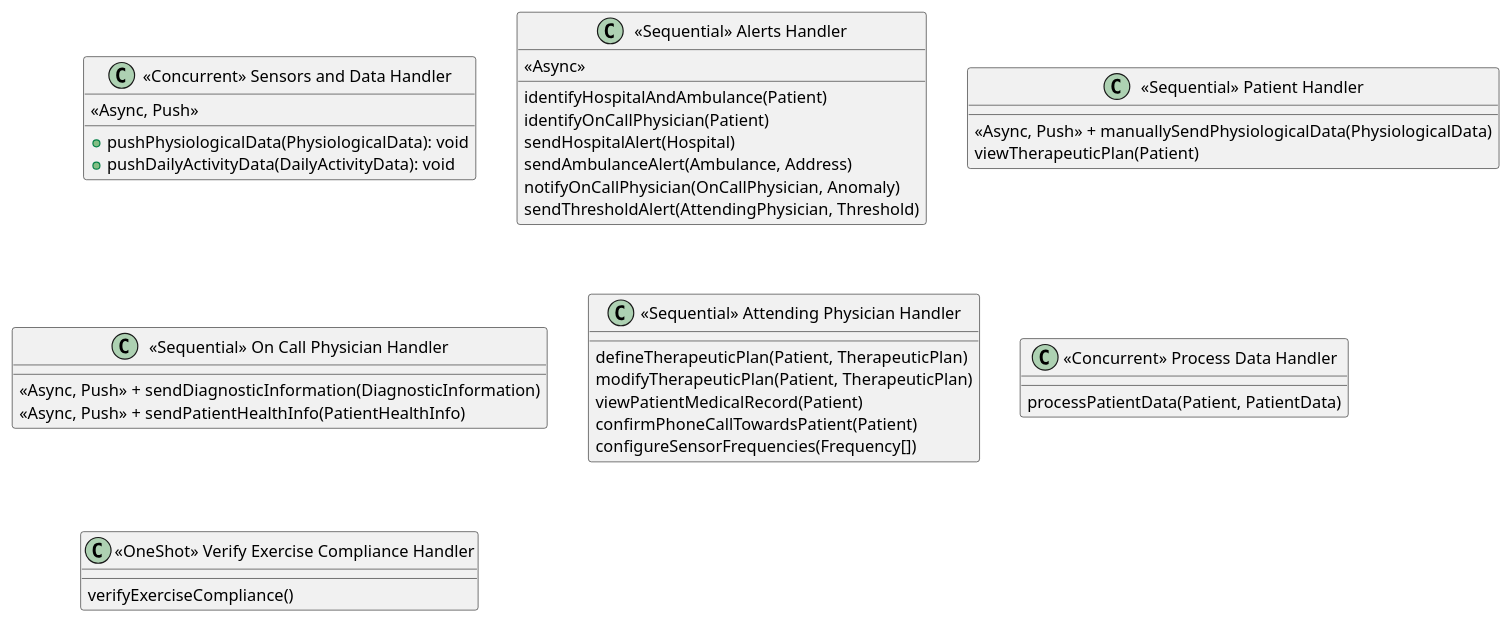
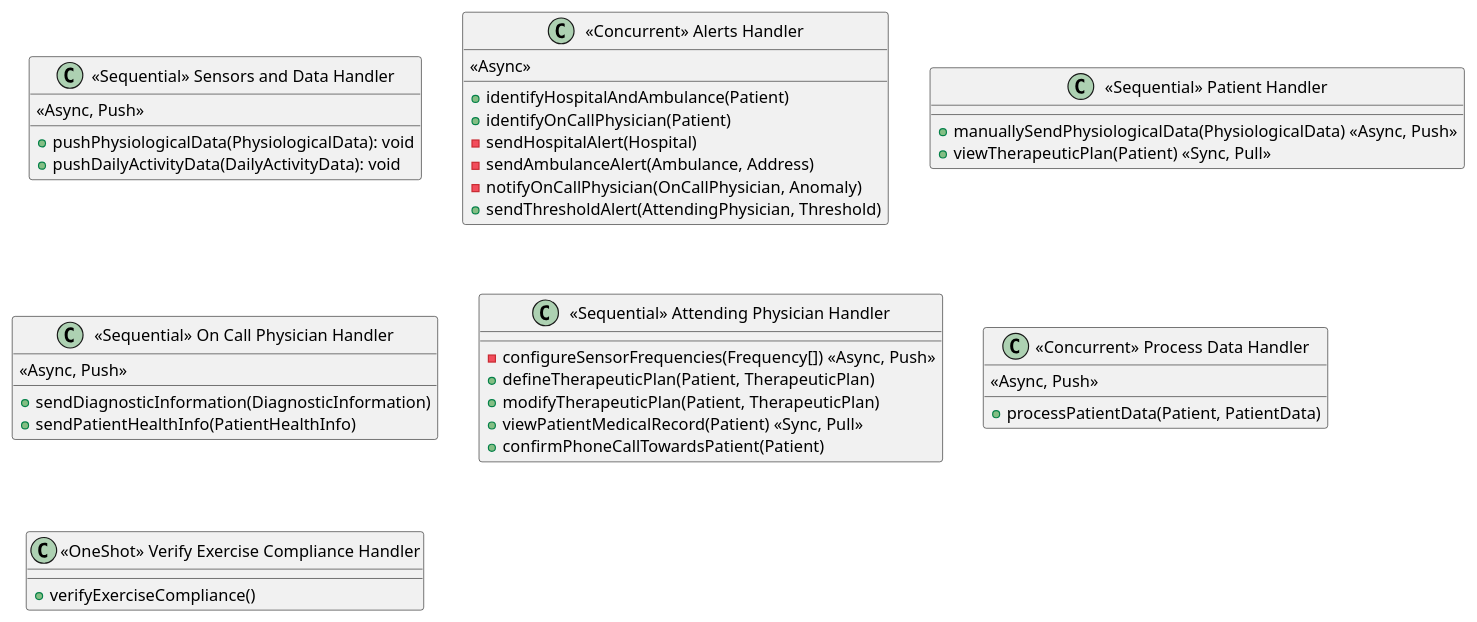
Before and after one commit to koalas11/Software-Architecture-Project: the diagram in diagrams/concrete_diagram.plantuml, drawn with PlantUML. The commit also changed 1 other file, not shown here.

```diff
--- a/diagrams/concrete_diagram.plantuml
+++ b/diagrams/concrete_diagram.plantuml
@@ -1,45 +1,47 @@
 @startuml data_diagram
 
-class "<<Concurrent>> Sensors and Data Handler" as C1 {
+class "<<Sequential>> Sensors and Data Handler" as C1 {
   <<Async, Push>>
   + pushPhysiologicalData(PhysiologicalData): void
   + pushDailyActivityData(DailyActivityData): void
 }
 
-class "<<Sequential>> Alerts Handler" as C2 {
-  identifyHospitalAndAmbulance(Patient)
-  identifyOnCallPhysician(Patient)
+class "<<Concurrent>> Alerts Handler" as C2 {
+  +identifyHospitalAndAmbulance(Patient)
+  +identifyOnCallPhysician(Patient)
   <<Async>>
-  sendHospitalAlert(Hospital)
-  sendAmbulanceAlert(Ambulance, Address)
-  notifyOnCallPhysician(OnCallPhysician, Anomaly)
-  sendThresholdAlert(AttendingPhysician, Threshold)
+  -sendHospitalAlert(Hospital)
+  -sendAmbulanceAlert(Ambulance, Address)
+  -notifyOnCallPhysician(OnCallPhysician, Anomaly)
+  +sendThresholdAlert(AttendingPhysician, Threshold)
 }
 
 class "<<Sequential>> Patient Handler" as C3 {
-  <<Async, Push>> + manuallySendPhysiologicalData(PhysiologicalData)
-  viewTherapeuticPlan(Patient)
+  +manuallySendPhysiologicalData(PhysiologicalData) <<Async, Push>>
+  +viewTherapeuticPlan(Patient) <<Sync, Pull>>
 }
 
 class "<<Sequential>> On Call Physician Handler" as C4 {
-  <<Async, Push>> + sendDiagnosticInformation(DiagnosticInformation)
-  <<Async, Push>> + sendPatientHealthInfo(PatientHealthInfo)
+  <<Async, Push>>
+  +sendDiagnosticInformation(DiagnosticInformation)
+  +sendPatientHealthInfo(PatientHealthInfo)
 }
 
 class "<<Sequential>> Attending Physician Handler" as C5 {
-  defineTherapeuticPlan(Patient, TherapeuticPlan)
-  modifyTherapeuticPlan(Patient, TherapeuticPlan)
-  viewPatientMedicalRecord(Patient)
-  confirmPhoneCallTowardsPatient(Patient)
-  configureSensorFrequencies(Frequency[])
+  -configureSensorFrequencies(Frequency[]) <<Async, Push>>
+  +defineTherapeuticPlan(Patient, TherapeuticPlan)
+  +modifyTherapeuticPlan(Patient, TherapeuticPlan)
+  +viewPatientMedicalRecord(Patient) <<Sync, Pull>>
+  +confirmPhoneCallTowardsPatient(Patient)
 }
 
 class "<<Concurrent>> Process Data Handler" as C6 {
-  processPatientData(Patient, PatientData)
+  <<Async, Push>>
+  +processPatientData(Patient, PatientData)
 }
 
 class "<<OneShot>> Verify Exercise Compliance Handler" as C7 {
-  verifyExerciseCompliance()
+  +verifyExerciseCompliance()
 }
 
 @enduml
```
